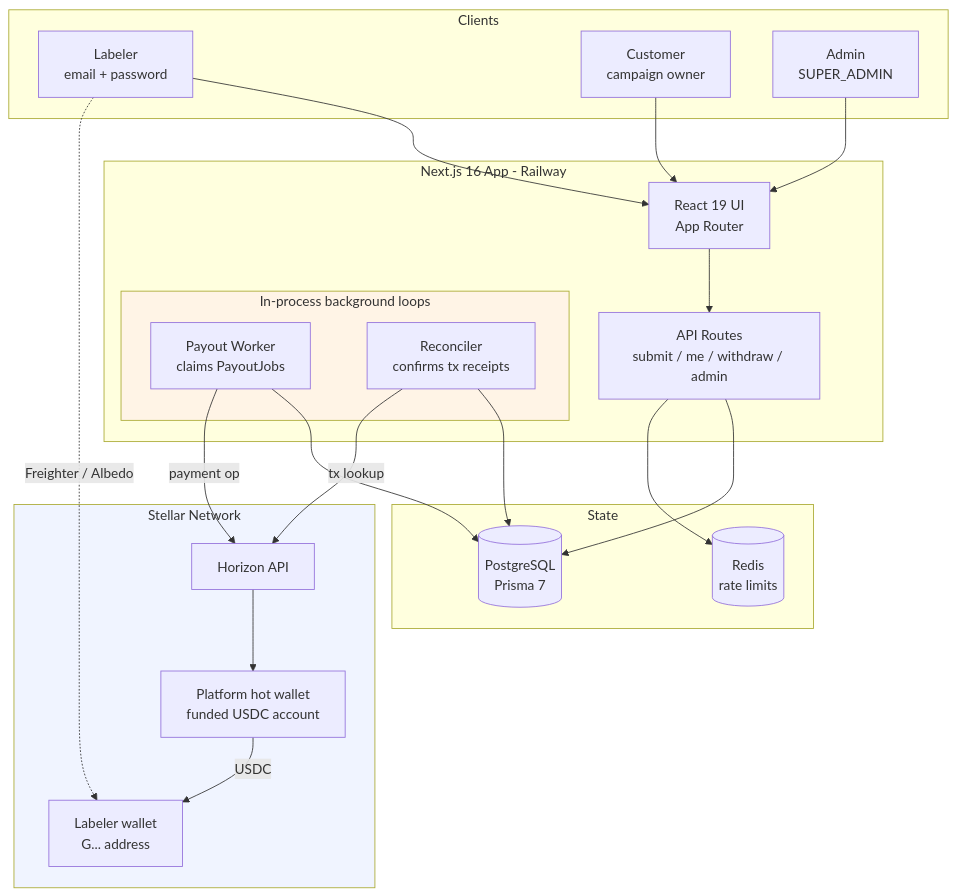
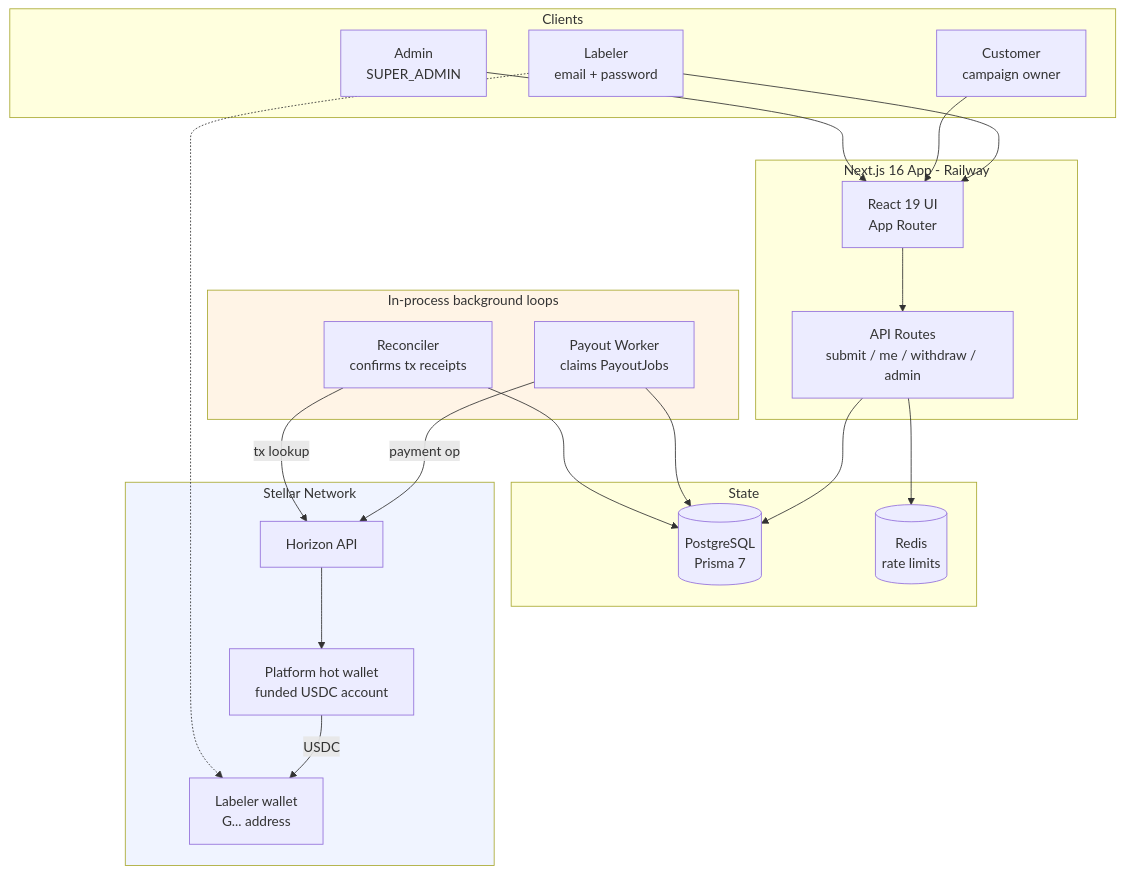
The first of 4 diagrams in README.md (webnxt-2030/Centient), drawn with Mermaid before and after one commit.

Commit message:
docs: fix architecture flowchart rendering on GitHub
Flatten the nested 'workers' subgraph to a top-level sibling and split the
&-chained/labeled cross-subgraph edges, which GitHub's Mermaid layout engine
could not render ("Could not find a suitable point for the given distance").
Verified with mermaid-cli.

````diff
--- a/README.md
+++ b/README.md
@@ -79,42 +79,46 @@
 ```mermaid
 flowchart TB
     subgraph clients [Clients]
         L[Labeler<br/>email + password]
         C[Customer<br/>campaign owner]
         A[Admin<br/>SUPER_ADMIN]
     end
 
     subgraph app [Next.js 16 App - Railway]
         UI[React 19 UI<br/>App Router]
         API[API Routes<br/>submit / me / withdraw / admin]
-        subgraph workers [In-process background loops]
-            PW[Payout Worker<br/>claims PayoutJobs]
-            RC[Reconciler<br/>confirms tx receipts]
-        end
+    end
+
+    subgraph workers [In-process background loops]
+        PW[Payout Worker<br/>claims PayoutJobs]
+        RC[Reconciler<br/>confirms tx receipts]
     end
 
     subgraph data [State]
         PG[(PostgreSQL<br/>Prisma 7)]
         RD[(Redis<br/>rate limits)]
     end
 
     subgraph stellar [Stellar Network]
         HZ[Horizon API]
         HW[Platform hot wallet<br/>funded USDC account]
         LW[Labeler wallet<br/>G... address]
     end
 
-    L & C & A --> UI --> API
+    L --> UI
+    C --> UI
+    A --> UI
+    UI --> API
     API --> PG
     API --> RD
     PW --> PG
     RC --> PG
     PW -->|payment op| HZ
     RC -->|tx lookup| HZ
     HZ --> HW
     HW -->|USDC| LW
-    L -.->|Freighter / Albedo| LW
+    L -.-> LW
 
     style stellar fill:#f0f4ff
     style workers fill:#fff4e6
 ```
````
